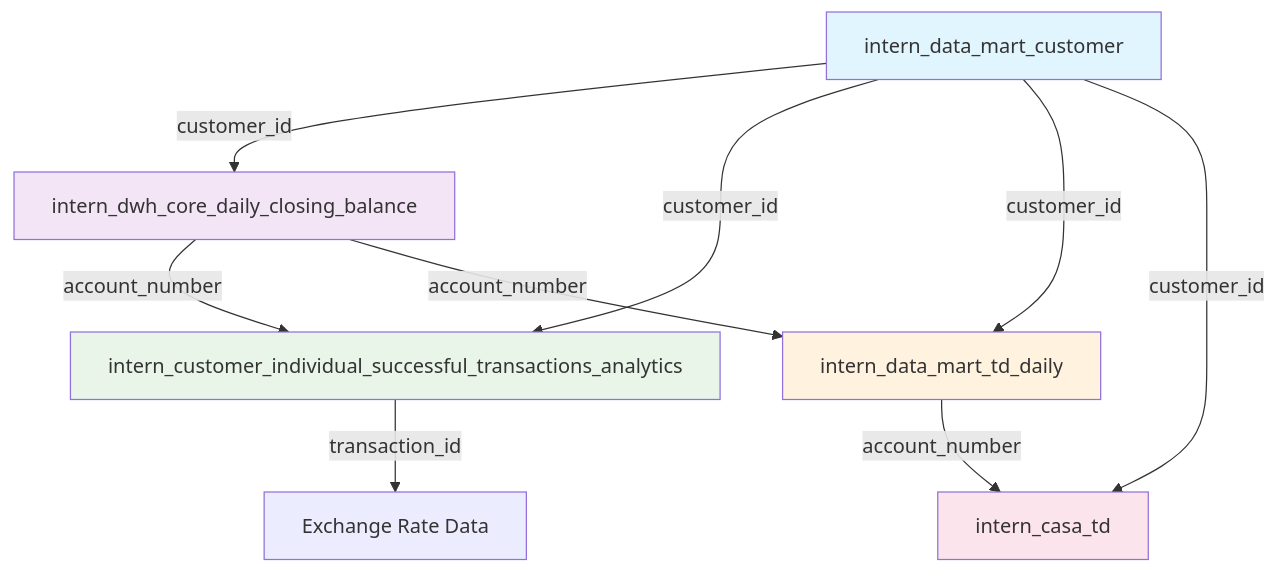
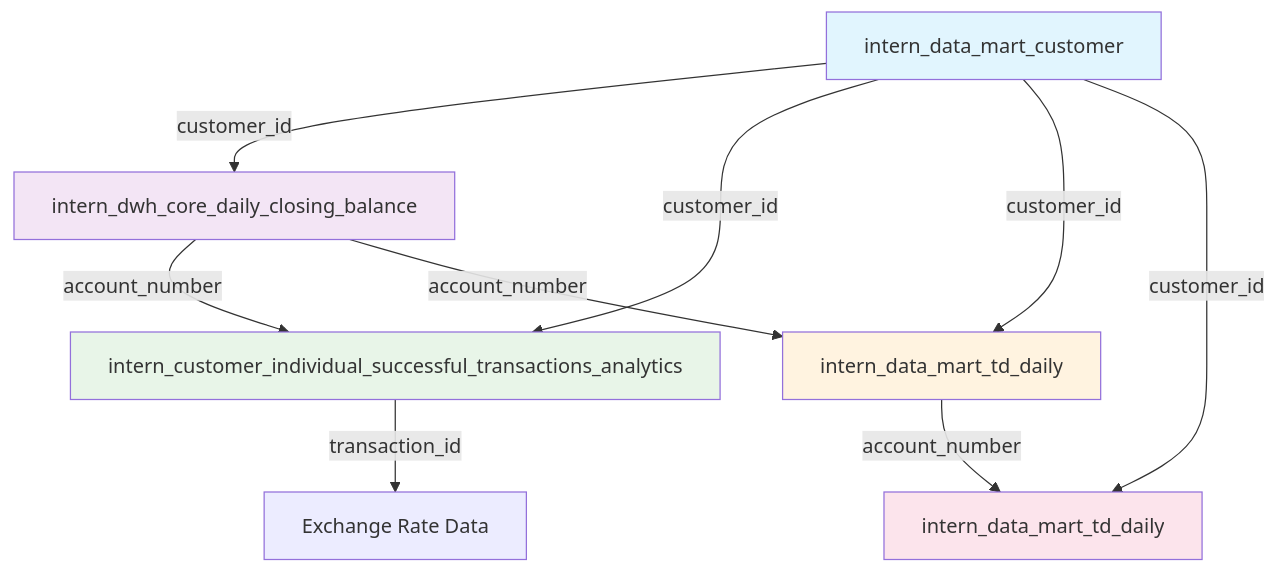
One commit to ammarpvl29/Risk-DA-Intern changed the diagram in Bank_Jago_Data_Architecture_Technical_Documentation.md. Above: the diagram before and after it, drawn with Mermaid. The commit also changed other lines of this file and 14 other files, not shown here.

````diff
--- a/Bank_Jago_Data_Architecture_Technical_Documentation.md
+++ b/Bank_Jago_Data_Architecture_Technical_Documentation.md
@@ -378,19 +378,19 @@
 ```mermaid
 graph TD
     A[intern_data_mart_customer] -->|customer_id| B[intern_dwh_core_daily_closing_balance]
     A -->|customer_id| C[intern_customer_individual_successful_transactions_analytics] 
     A -->|customer_id| D[intern_data_mart_td_daily]
-    A -->|customer_id| E[intern_casa_td]
+    A -->|customer_id| E[intern_data_mart_td_daily]
     
     B -->|account_number| C
     B -->|account_number| D
     D -->|account_number| E
     
     C -->|transaction_id| F[Exchange Rate Data]
     
     style A fill:#e1f5fe
     style B fill:#f3e5f5
     style C fill:#e8f5e8
     style D fill:#fff3e0
     style E fill:#fce4ec
 ```
````
